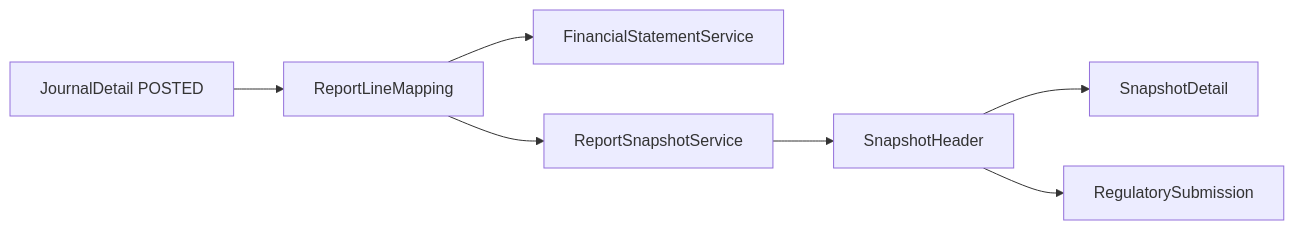
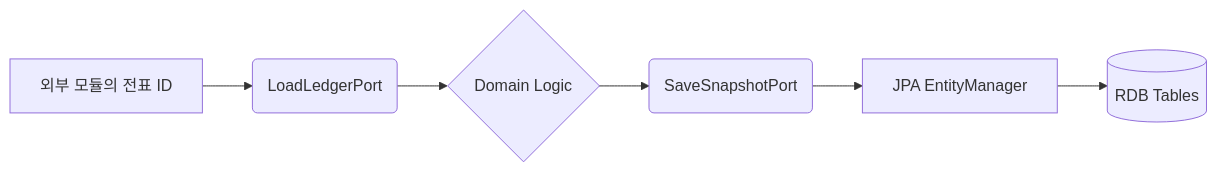
The second of 2 diagrams in reporting/docs/schema.md (skyg547/account), drawn with Mermaid before and after one commit. The commit also changed other lines of this file and 94 other files, not shown here.

````diff
--- a/reporting/docs/schema.md
+++ b/reporting/docs/schema.md
@@ -116,9 +57,8 @@
 ```mermaid
 flowchart LR
-    A[JournalDetail POSTED] --> B[ReportLineMapping]
-    B --> C[FinancialStatementService]
-    B --> D[ReportSnapshotService]
-    D --> E[SnapshotHeader]
-    E --> F[SnapshotDetail]
-    E --> G[RegulatorySubmission]
+    A[외부 모듈의 전표 ID] --> B(LoadLedgerPort)
+    B --> C{Domain Logic}
+    C --> D(SaveSnapshotPort)
+    D --> E[JPA EntityManager]
+    E --> F[(RDB Tables)]
 ```
````
